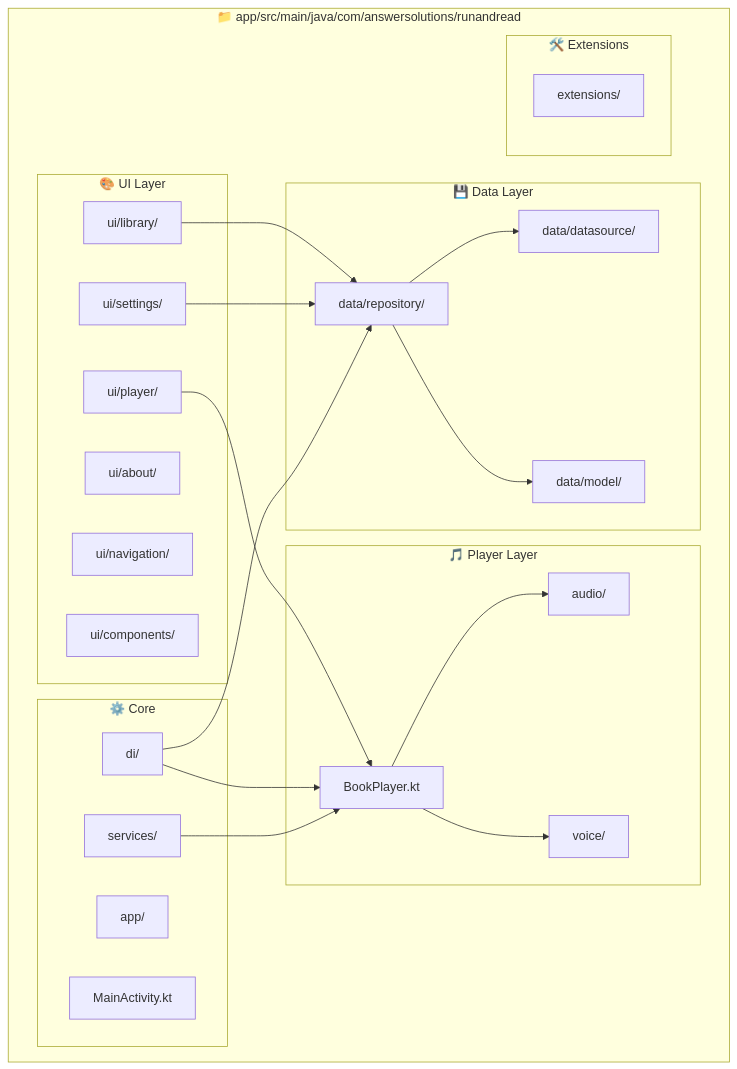
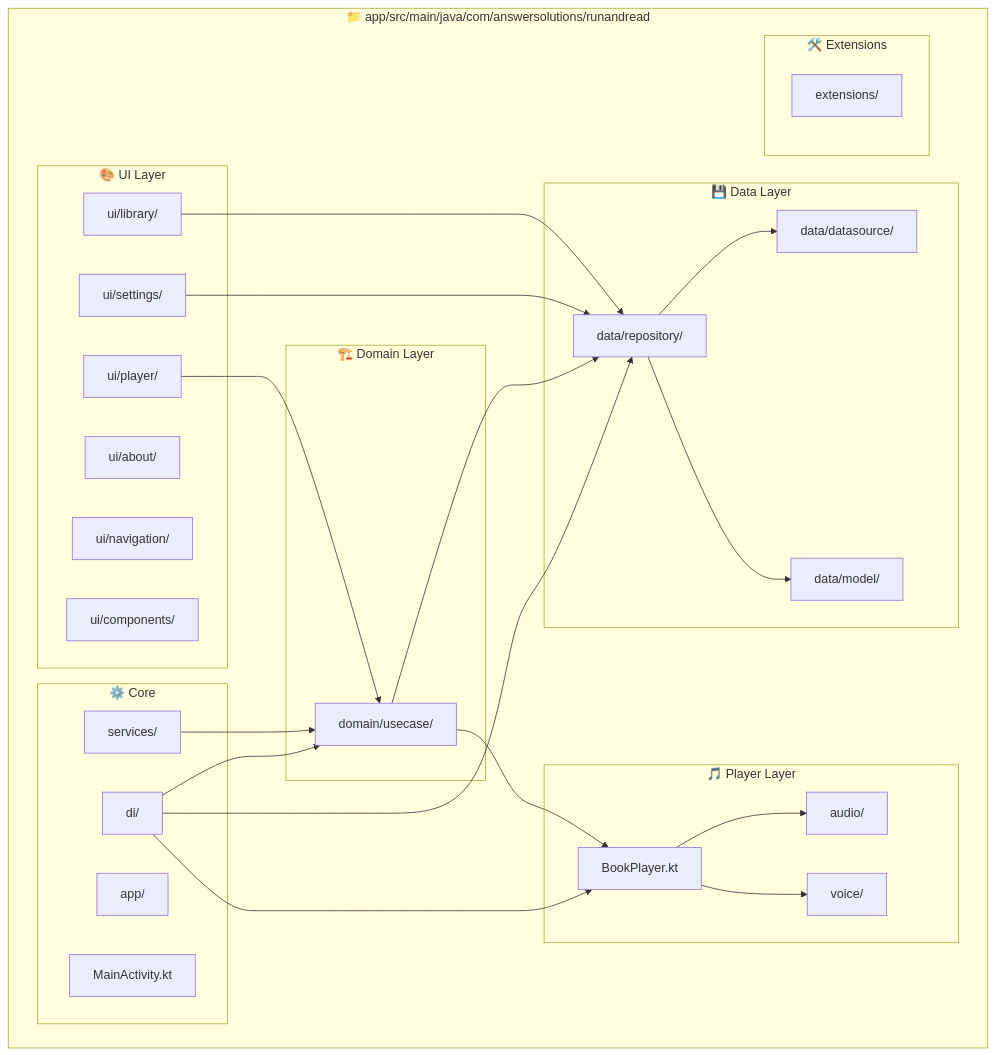
Before and after one commit to answersolutionsapps/runandread-android: the first of 7 diagrams in docs/ARCHITECTURE.md, drawn with Mermaid. The commit also changed other lines of this file and 1 other file, not shown here.

````diff
--- a/docs/ARCHITECTURE.md
+++ b/docs/ARCHITECTURE.md
@@ -7,47 +7,54 @@
 ```mermaid
 graph TD
     subgraph "📁 app/src/main/java/com/answersolutions/runandread"
         subgraph "🎨 UI Layer"
             UI_LIB[ui/library/]
             UI_PLAYER[ui/player/]
             UI_SETTINGS[ui/settings/]
             UI_ABOUT[ui/about/]
             UI_NAV[ui/navigation/]
             UI_COMP[ui/components/]
+        end
+
+        subgraph "🏗️ Domain Layer"
+            DOMAIN_UC[domain/usecase/]
         end
 
         subgraph "💾 Data Layer"
             DATA_MODEL[data/model/]
             DATA_REPO[data/repository/]
             DATA_DS[data/datasource/]
         end
 
         subgraph "🎵 Player Layer"
             AUDIO[audio/]
             VOICE[voice/]
             PLAYER[BookPlayer.kt]
         end
 
         subgraph "⚙️ Core"
             DI[di/]
             SERVICES[services/]
             APP[app/]
             MAIN[MainActivity.kt]
         end
 
         subgraph "🛠️ Extensions"
             EXT[extensions/]
         end
     end
 
     UI_LIB --> DATA_REPO
-    UI_PLAYER --> PLAYER
+    UI_PLAYER --> DOMAIN_UC
     UI_SETTINGS --> DATA_REPO
+    SERVICES --> DOMAIN_UC
+    DOMAIN_UC --> PLAYER
+    DOMAIN_UC --> DATA_REPO
     PLAYER --> AUDIO
     PLAYER --> VOICE
     DATA_REPO --> DATA_DS
     DATA_REPO --> DATA_MODEL
     DI --> DATA_REPO
+    DI --> DOMAIN_UC
     DI --> PLAYER
-    SERVICES --> PLAYER
 ```
````
